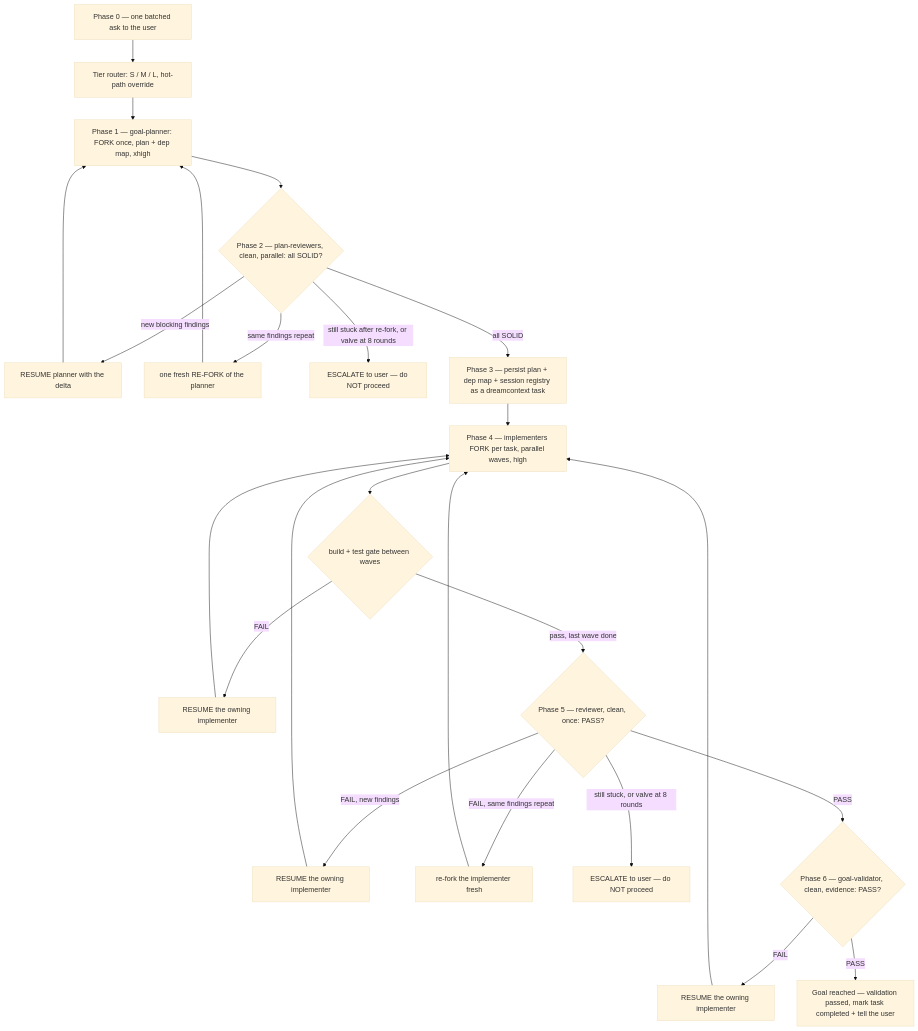
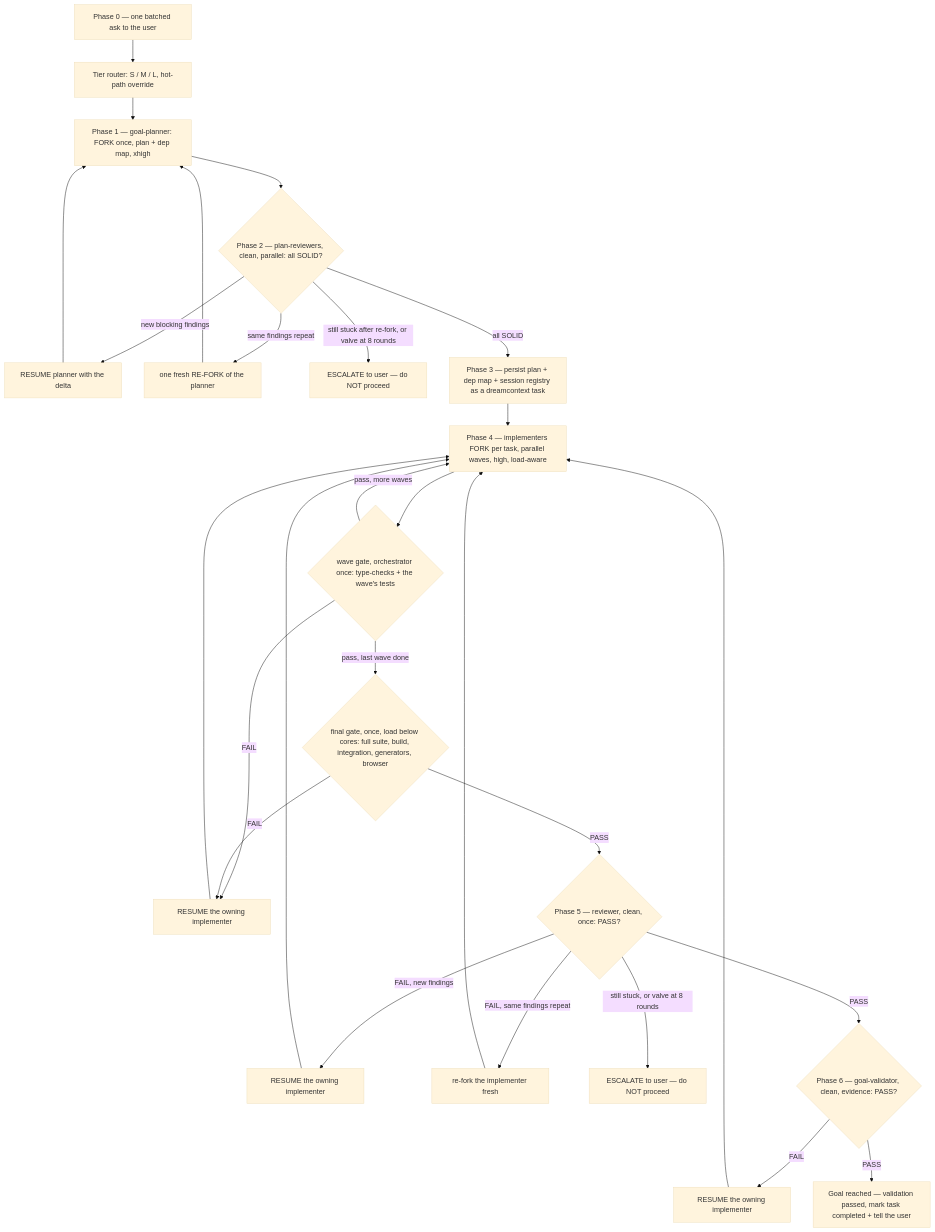
One commit to Sepi0l-brd/dreamcontext changed the diagram in skill-packs/goal-skill/SKILL.md. Above: the diagram before and after it, drawn with Mermaid (base theme). The commit also changed other lines of this file and 14 other files, not shown here.

````diff
--- a/skill-packs/goal-skill/SKILL.md
+++ b/skill-packs/goal-skill/SKILL.md
@@ -179,26 +222,29 @@
 ```mermaid
 flowchart TD
     P0[Phase 0 — one batched ask to the user] --> PT[Tier router: S / M / L, hot-path override]
     PT --> P1[Phase 1 — goal-planner: FORK once, plan + dep map, xhigh]
     P1 --> P2{Phase 2 — plan-reviewers, clean, parallel: all SOLID?}
     P2 -->|new blocking findings| R1[RESUME planner with the delta]
     R1 --> P1
     P2 -->|same findings repeat| RF1[one fresh RE-FORK of the planner]
     RF1 --> P1
     P2 -->|still stuck after re-fork, or valve at 8 rounds| ESC1[ESCALATE to user — do NOT proceed]
     P2 -->|all SOLID| P3[Phase 3 — persist plan + dep map + session registry as a dreamcontext task]
-    P3 --> P4[Phase 4 — implementers FORK per task, parallel waves, high]
-    P4 --> GATE{build + test gate between waves}
+    P3 --> P4[Phase 4 — implementers FORK per task, parallel waves, high, load-aware]
+    P4 --> GATE{wave gate, orchestrator once: type-checks + the wave's tests}
     GATE -->|FAIL| R2[RESUME the owning implementer]
     R2 --> P4
-    GATE -->|pass, last wave done| P5{Phase 5 — reviewer, clean, once: PASS?}
+    GATE -->|pass, more waves| P4
+    GATE -->|pass, last wave done| FG{final gate, once, load below cores: full suite, build, integration, generators, browser}
+    FG -->|FAIL| R2
+    FG -->|PASS| P5{Phase 5 — reviewer, clean, once: PASS?}
     P5 -->|FAIL, new findings| R3[RESUME the owning implementer]
     R3 --> P4
     P5 -->|FAIL, same findings repeat| RF2[re-fork the implementer fresh]
     RF2 --> P4
     P5 -->|still stuck, or valve at 8 rounds| ESC2[ESCALATE to user — do NOT proceed]
     P5 -->|PASS| P6{Phase 6 — goal-validator, clean, evidence: PASS?}
     P6 -->|FAIL| R4[RESUME the owning implementer]
     R4 --> P4
     P6 -->|PASS| DONE[Goal reached — validation passed, mark task completed + tell the user]
 ```
````
